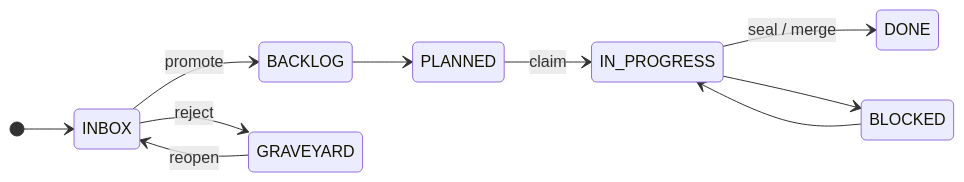
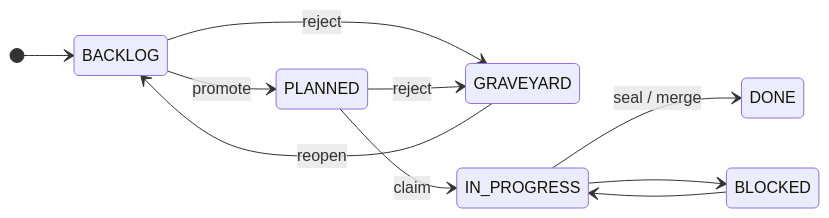
Before and after one commit to flyingrobots/xyph: the diagram in docs/diagrams/quest-status-lifecycle.mmd, drawn with Mermaid. The commit also changed 15 other files, not shown here.

First line of the commit message:
feat: VOC-001 vocabulary rename — eliminate INBOX, align raw graph with domain

```diff
--- a/docs/diagrams/quest-status-lifecycle.mmd
+++ b/docs/diagrams/quest-status-lifecycle.mmd
@@ -1,11 +1,11 @@
 stateDiagram-v2
     direction LR
-    [*] --> INBOX
-    INBOX --> BACKLOG : promote
-    INBOX --> GRAVEYARD : reject
-    BACKLOG --> PLANNED
+    [*] --> BACKLOG
+    BACKLOG --> PLANNED : promote
+    BACKLOG --> GRAVEYARD : reject
+    PLANNED --> GRAVEYARD : reject
     PLANNED --> IN_PROGRESS : claim
     IN_PROGRESS --> DONE : seal / merge
     IN_PROGRESS --> BLOCKED
     BLOCKED --> IN_PROGRESS
-    GRAVEYARD --> INBOX : reopen
+    GRAVEYARD --> BACKLOG : reopen
```
